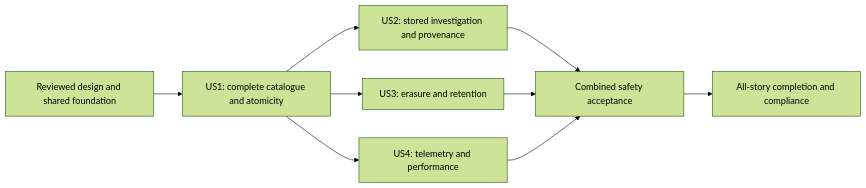
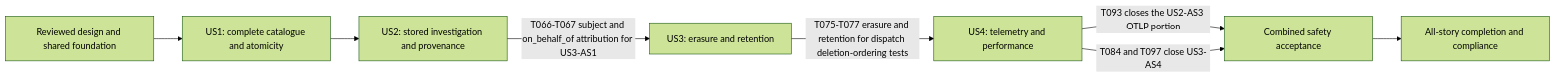
The diagram in specs/048-business-event-ledger/tasks.md (zalando-incubator/agentic-identity-broker), drawn with Mermaid (forest theme) before and after one commit. The commit also changed other lines of this file and 9 other files, not shown here.

````diff
--- a/specs/048-business-event-ledger/tasks.md
+++ b/specs/048-business-event-ledger/tasks.md
@@ -378,11 +380,10 @@
 ```mermaid
 flowchart LR
   F[Reviewed design and shared foundation] --> U1[US1: complete catalogue and atomicity]
   U1 --> U2[US2: stored investigation and provenance]
-  U1 --> U3[US3: erasure and retention]
-  U1 --> U4[US4: telemetry and performance]
-  U2 --> C[Combined safety acceptance]
-  U3 --> C
-  U4 --> C
+  U2 -->|T066-T067 subject and on_behalf_of attribution for US3-AS1| U3[US3: erasure and retention]
+  U3 -->|T075-T077 erasure and retention for dispatch deletion-ordering tests| U4[US4: telemetry and performance]
+  U4 -->|T093 closes the US2-AS3 OTLP portion| C[Combined safety acceptance]
+  U4 -->|T084 and T097 close US3-AS4| C
   C --> N[All-story completion and compliance]
 ```
````
